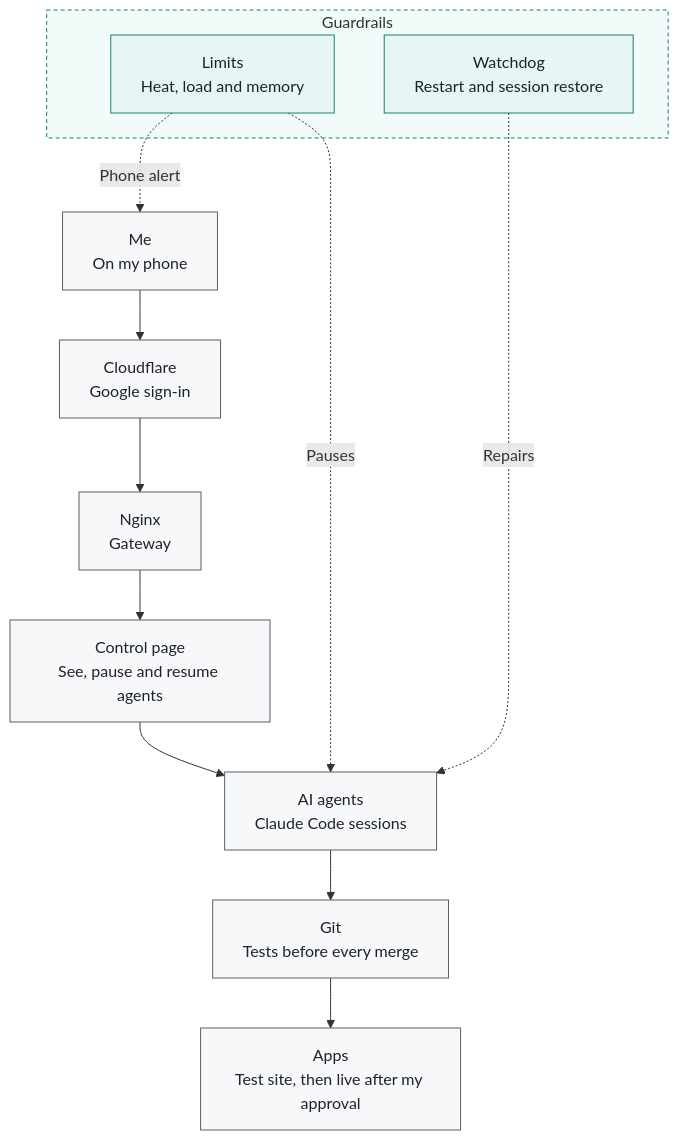
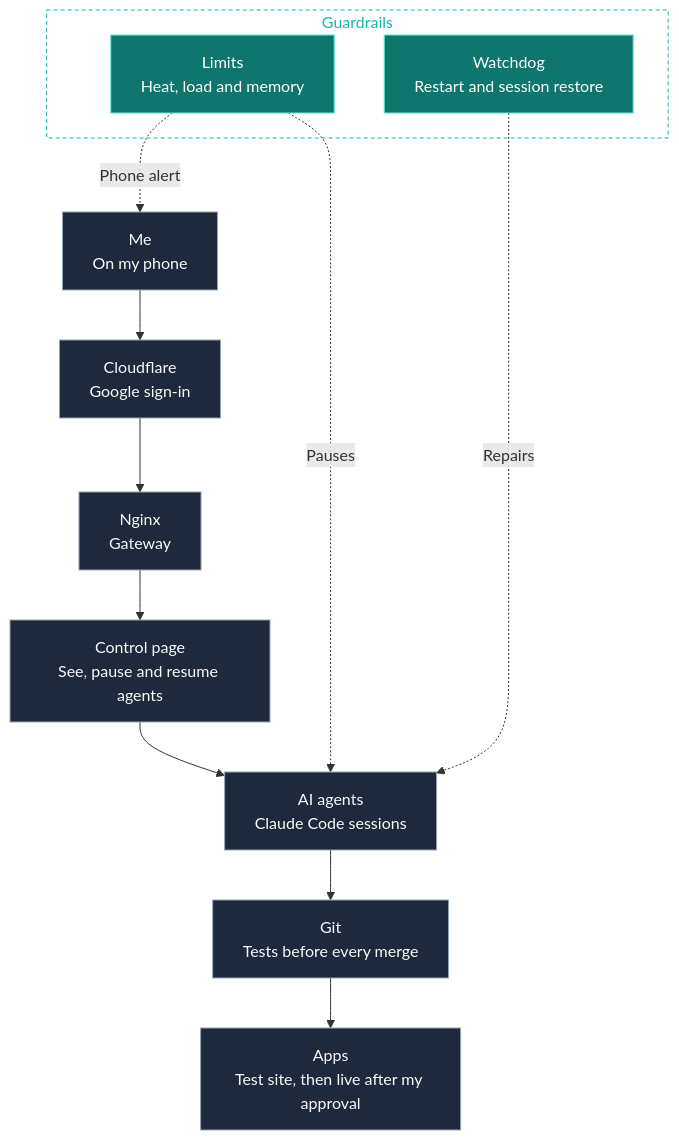
The first of 2 diagrams in README.md (murilobellatini/murilobellatini), drawn with Mermaid before and after one commit. The commit also changed other lines of this file and 1 other file, not shown here.

Commit message:
docs: Pi diagram readable in dark and light mode

````diff
--- a/README.md
+++ b/README.md
@@ -134,24 +134,24 @@
 ```mermaid
 flowchart TD
     U[Me<br>On my phone] --> CF[Cloudflare<br>Google sign-in]
     CF --> NG[Nginx<br>Gateway]
     NG --> CP[Control page<br>See, pause and resume agents]
     CP --> AG[AI agents<br>Claude Code sessions]
     AG --> GIT[Git<br>Tests before every merge]
     GIT --> APP[Apps<br>Test site, then live after my approval]
 
     subgraph GR[Guardrails]
         LIM[Limits<br>Heat, load and memory]
         WD[Watchdog<br>Restart and session restore]
     end
 
     LIM -. Pauses .-> AG
     WD -. Repairs .-> AG
     LIM -. Phone alert .-> U
 
-    classDef main fill:#f6f8fa,stroke:#57606a,color:#1f2328;
-    classDef safe fill:#e6f6f4,stroke:#1a7f77,color:#1f2328;
+    classDef main fill:#1e293b,stroke:#94a3b8,color:#f8fafc;
+    classDef safe fill:#0f766e,stroke:#5eead4,color:#ffffff;
     class U,CF,NG,CP,AG,GIT,APP main;
     class LIM,WD safe;
-    style GR fill:#f0fbfa,stroke:#1a7f77,stroke-dasharray:4 3;
+    style GR fill:transparent,stroke:#14b8a6,stroke-dasharray:4 3,color:#14b8a6;
 ```
````
